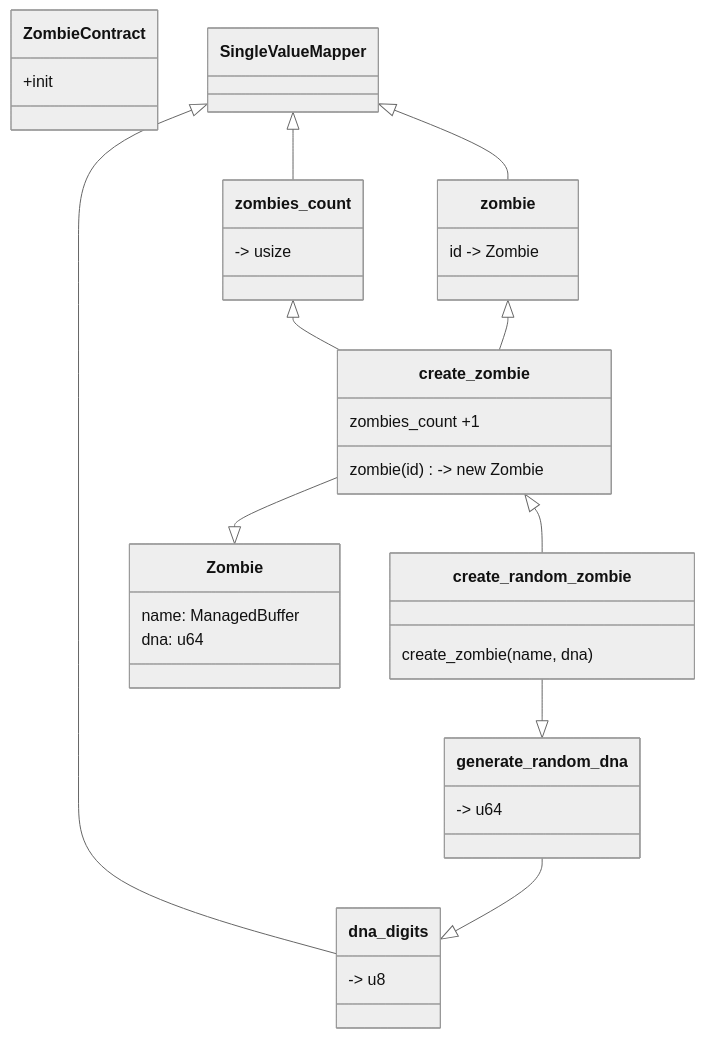
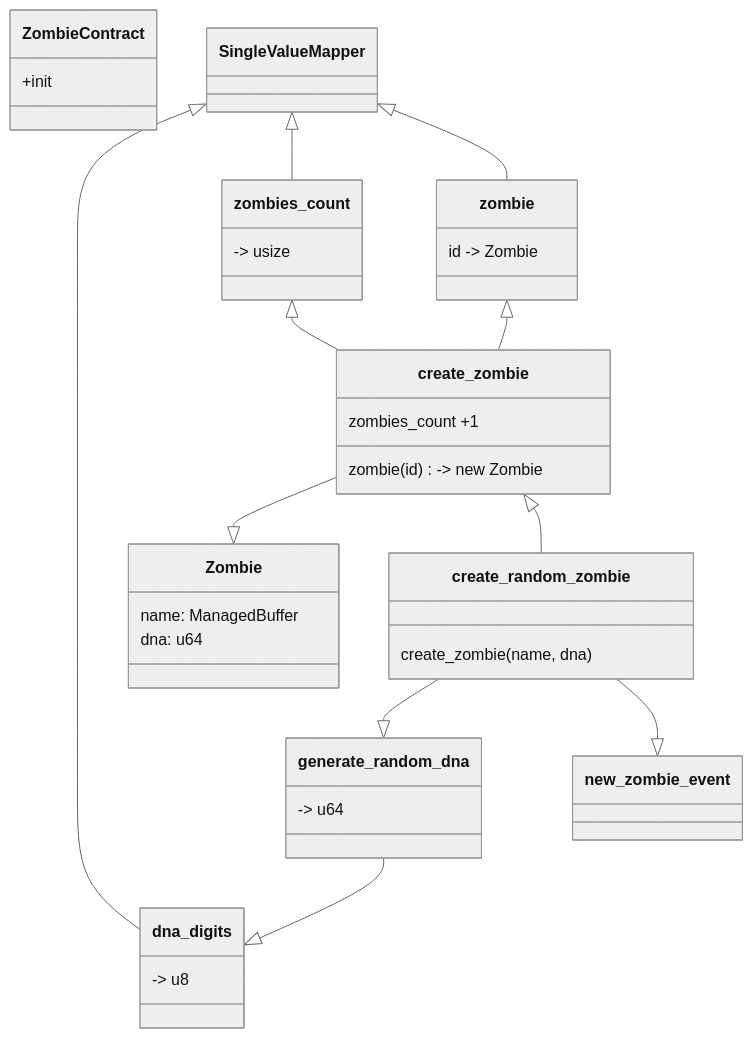
Before and after one commit to andreireanu/cryptozombies: the diagram in README.md, drawn with Mermaid (neutral theme). The commit also changed 1 other file, not shown here.

Commit message:
Main Chapter 1 done

````diff
--- a/README.md
+++ b/README.md
@@ -7,39 +7,43 @@
 ```mermaid
 classDiagram
     class ZombieContract{
         +init 
     }
     class SingleValueMapper
     SingleValueMapper <|-- dna_digits
     class dna_digits {
         -> u8
     }
     SingleValueMapper <|-- zombies_count
     class zombies_count {
         -> usize
     }
     SingleValueMapper <|-- zombie
     class zombie {
         id ->        Zombie
     }
     class Zombie {
         name: ManagedBuffer
         dna: u64
     }
     create_zombie --|> Zombie  
     class create_zombie {
         zombie(id) -> new Zombie
         zombies_count +1
     }
     zombie <|-- create_zombie  
     zombies_count  <|-- create_zombie 
     class generate_random_dna{
         -> u64
     }
     class create_random_zombie {
         create_zombie(name, dna)
      }
     create_random_zombie --|> generate_random_dna 
     create_zombie <|-- create_random_zombie
     generate_random_dna --|> dna_digits
+    class new_zombie_event {
+    }
+    create_random_zombie --|> new_zombie_event
+    
 ```
````
